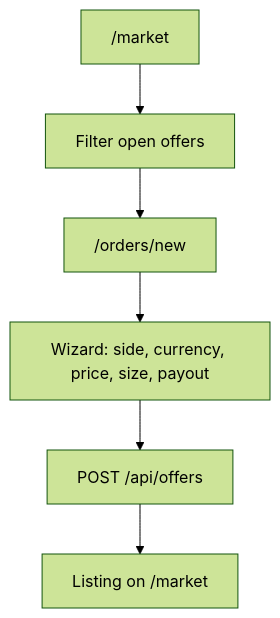
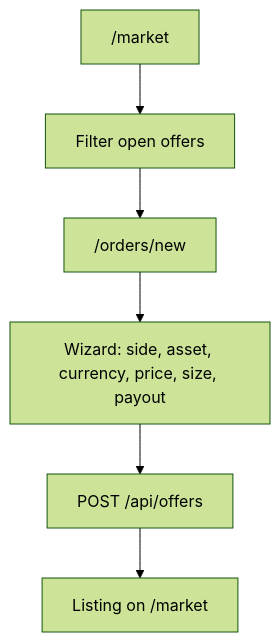
Before and after one commit to Bran18/upeer: the second of 7 diagrams in docs/user-flows.md, drawn with Mermaid (forest theme). The commit also changed other lines of this file and 36 other files, not shown here.

````diff
--- a/docs/user-flows.md
+++ b/docs/user-flows.md
@@ -25,8 +25,8 @@
 ```mermaid
 flowchart TD
   M["/market"] --> N["Filter open offers"]
   N --> O["/orders/new"]
-  O --> P["Wizard: side, currency, price, size, payout"]
+  O --> P["Wizard: side, asset, currency, price, size, payout"]
   P --> Q["POST /api/offers"]
   Q --> R["Listing on /market"]
 ```
````
